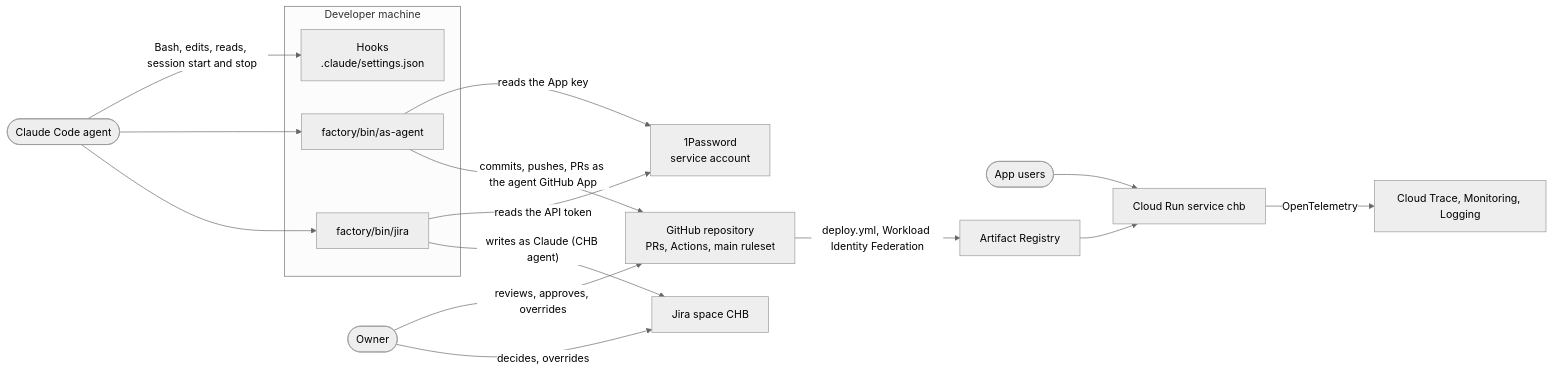
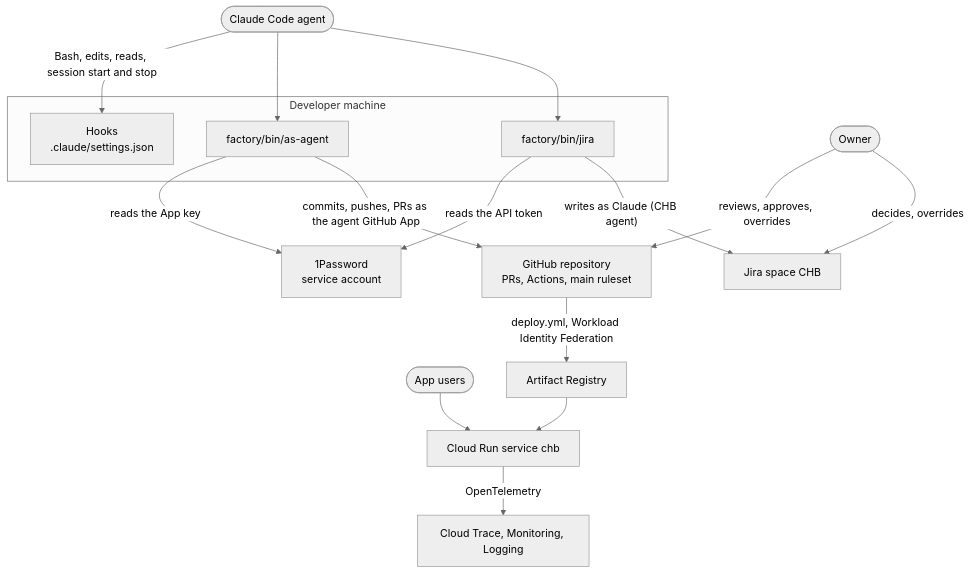
The first of 2 diagrams in CONTRIBUTING.md (islomar/corporate-hotel-booking-software-factory), drawn with Mermaid (neutral theme) before and after one commit. The commit also changed 1 other file, not shown here.

Commit message:
CHB-169: lay out the two wide diagrams top-down
The system context and the ticket lifecycle rendered left-to-right at a
width where GitHub shrinks the text below reading size.

````diff
--- a/CONTRIBUTING.md
+++ b/CONTRIBUTING.md
@@ -41,33 +41,33 @@
 ```mermaid
-flowchart LR
+flowchart TD
     owner(["Owner"])
     agent(["Claude Code agent"])
     users(["App users"])
 
     subgraph laptop["Developer machine"]
         hooks["Hooks<br/>.claude/settings.json"]
         asagent["factory/bin/as-agent"]
         jirawrap["factory/bin/jira"]
     end
 
     onepass["1Password<br/>service account"]
     jira["Jira space CHB"]
     github["GitHub repository<br/>PRs, Actions, main ruleset"]
     registry["Artifact Registry"]
     run["Cloud Run service chb"]
     obs["Cloud Trace, Monitoring, Logging"]
 
     agent -- "Bash, edits, reads, session start and stop" --> hooks
     agent --> asagent
     agent --> jirawrap
     asagent -- "reads the App key" --> onepass
     jirawrap -- "reads the API token" --> onepass
     asagent -- "commits, pushes, PRs as the agent GitHub App" --> github
     jirawrap -- "writes as Claude (CHB agent)" --> jira
     owner -- "reviews, approves, overrides" --> github
     owner -- "decides, overrides" --> jira
     github -- "deploy.yml, Workload Identity Federation" --> registry
     registry --> run
     users --> run
     run -- "OpenTelemetry" --> obs
 ```
````
